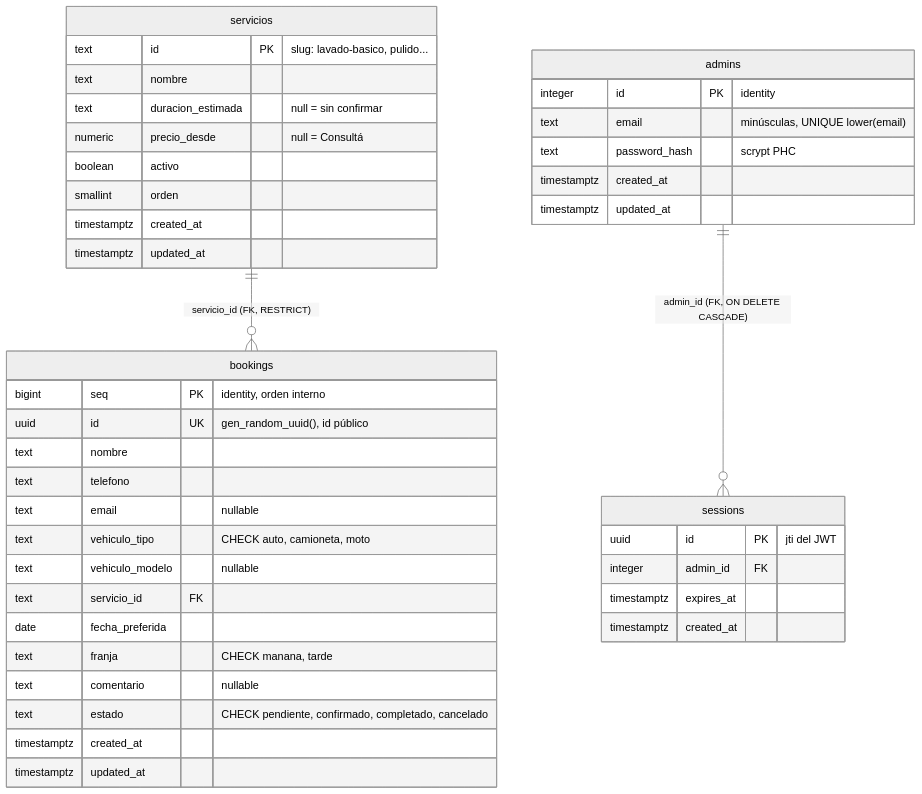
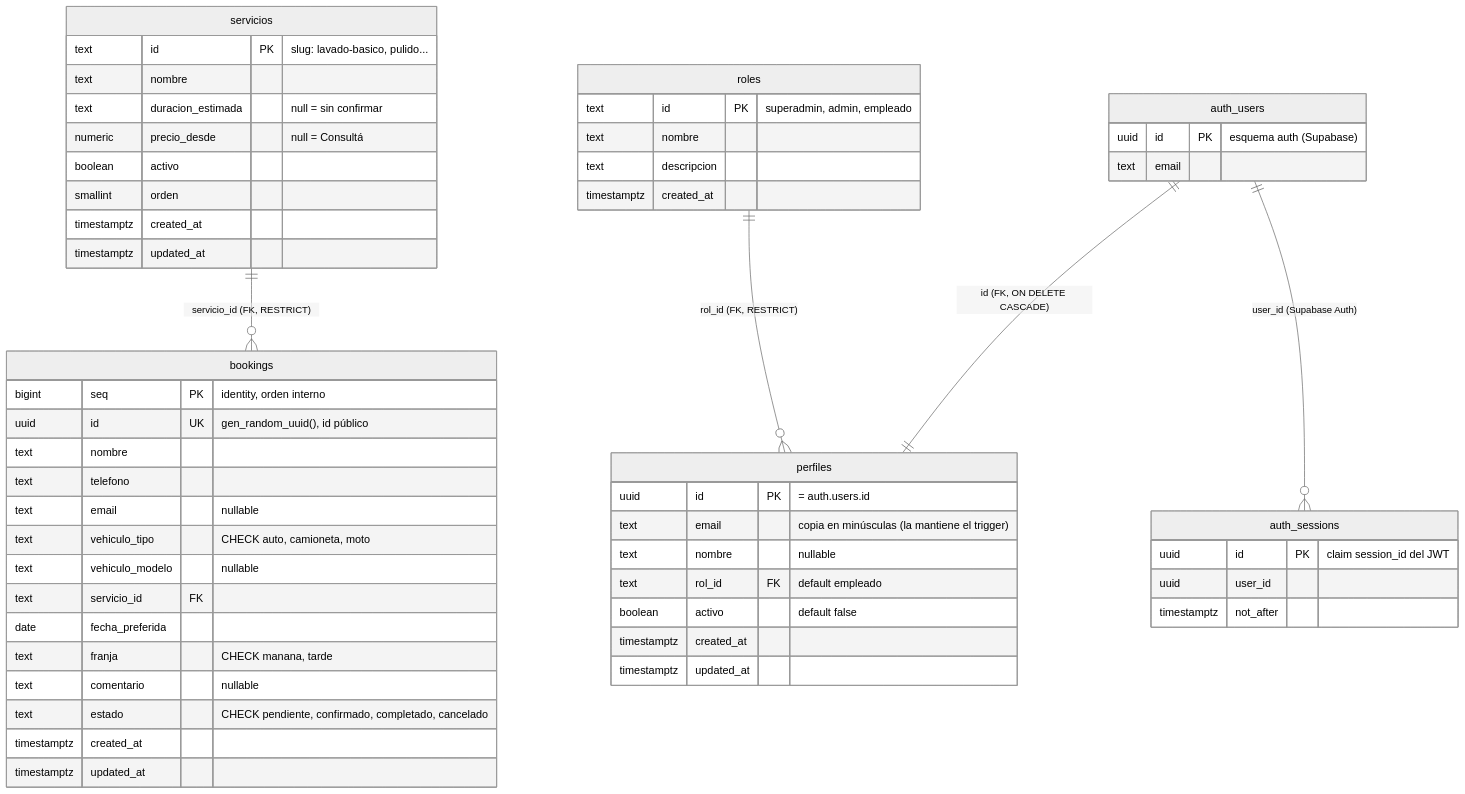
One commit to MateoGimenez/MgDetail changed the diagram in backend/README.md. Above: the diagram before and after it, drawn with Mermaid (neutral theme). The commit also changed other lines of this file and 85 other files, not shown here.

First line of the commit message:
feat: login del panel con Supabase Auth (BFF), roles y gestion de usuarios

````diff
--- a/backend/README.md
+++ b/backend/README.md
@@ -135,45 +131,58 @@
 ```mermaid
 erDiagram
     servicios ||--o{ bookings : "servicio_id (FK, RESTRICT)"
-    admins ||--o{ sessions : "admin_id (FK, ON DELETE CASCADE)"
+    auth_users ||--|| perfiles : "id (FK, ON DELETE CASCADE)"
+    roles ||--o{ perfiles : "rol_id (FK, RESTRICT)"
+    auth_users ||--o{ auth_sessions : "user_id (Supabase Auth)"
 
     servicios {
         text id PK "slug: lavado-basico, pulido..."
         text nombre
         text duracion_estimada "null = sin confirmar"
         numeric precio_desde "null = Consultá"
         boolean activo
         smallint orden
         timestamptz created_at
         timestamptz updated_at
     }
     bookings {
         bigint seq PK "identity, orden interno"
         uuid id UK "gen_random_uuid(), id público"
         text nombre
         text telefono
         text email "nullable"
         text vehiculo_tipo "CHECK auto, camioneta, moto"
         text vehiculo_modelo "nullable"
         text servicio_id FK
         date fecha_preferida
         text franja "CHECK manana, tarde"
         text comentario "nullable"
         text estado "CHECK pendiente, confirmado, completado, cancelado"
         timestamptz created_at
         timestamptz updated_at
     }
-    admins {
-        integer id PK "identity"
-        text email "minúsculas, UNIQUE lower(email)"
-        text password_hash "scrypt PHC"
+    roles {
+        text id PK "superadmin, admin, empleado"
+        text nombre
+        text descripcion
+        timestamptz created_at
+    }
+    perfiles {
+        uuid id PK "= auth.users.id"
+        text email "copia en minúsculas (la mantiene el trigger)"
+        text nombre "nullable"
+        text rol_id FK "default empleado"
+        boolean activo "default false"
         timestamptz created_at
         timestamptz updated_at
     }
-    sessions {
-        uuid id PK "jti del JWT"
-        integer admin_id FK
-        timestamptz expires_at
-        timestamptz created_at
+    auth_users {
+        uuid id PK "esquema auth (Supabase)"
+        text email
+    }
+    auth_sessions {
+        uuid id PK "claim session_id del JWT"
+        uuid user_id
+        timestamptz not_after
     }
 ```
````
